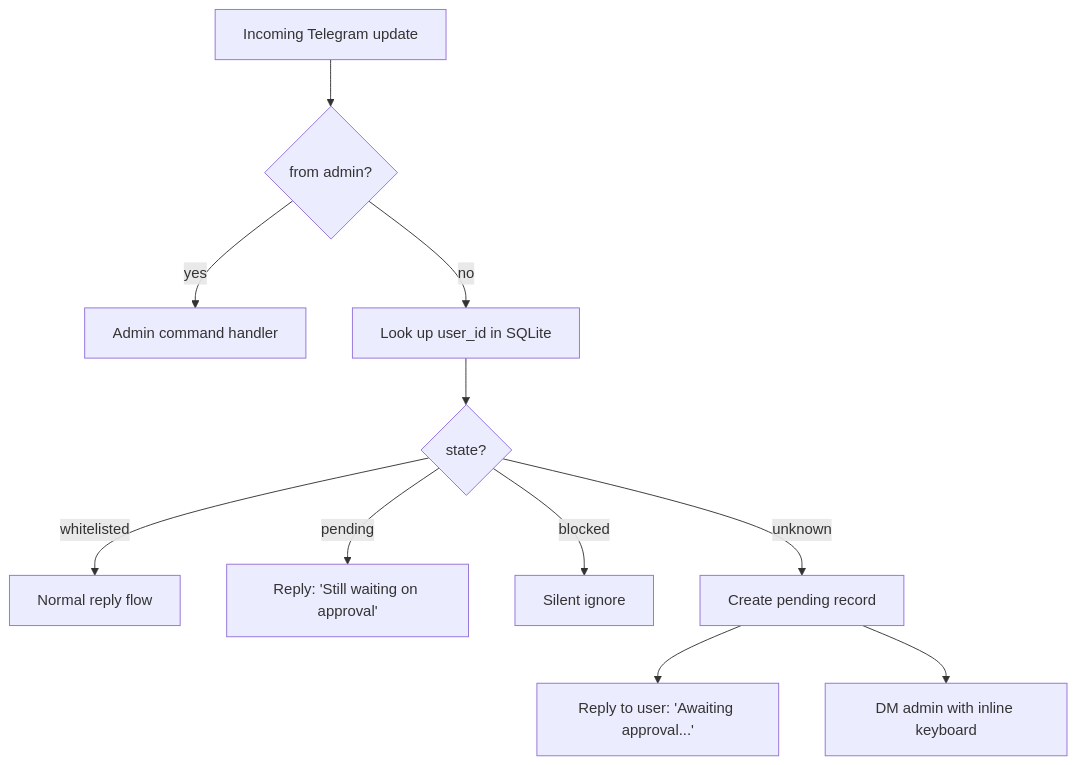
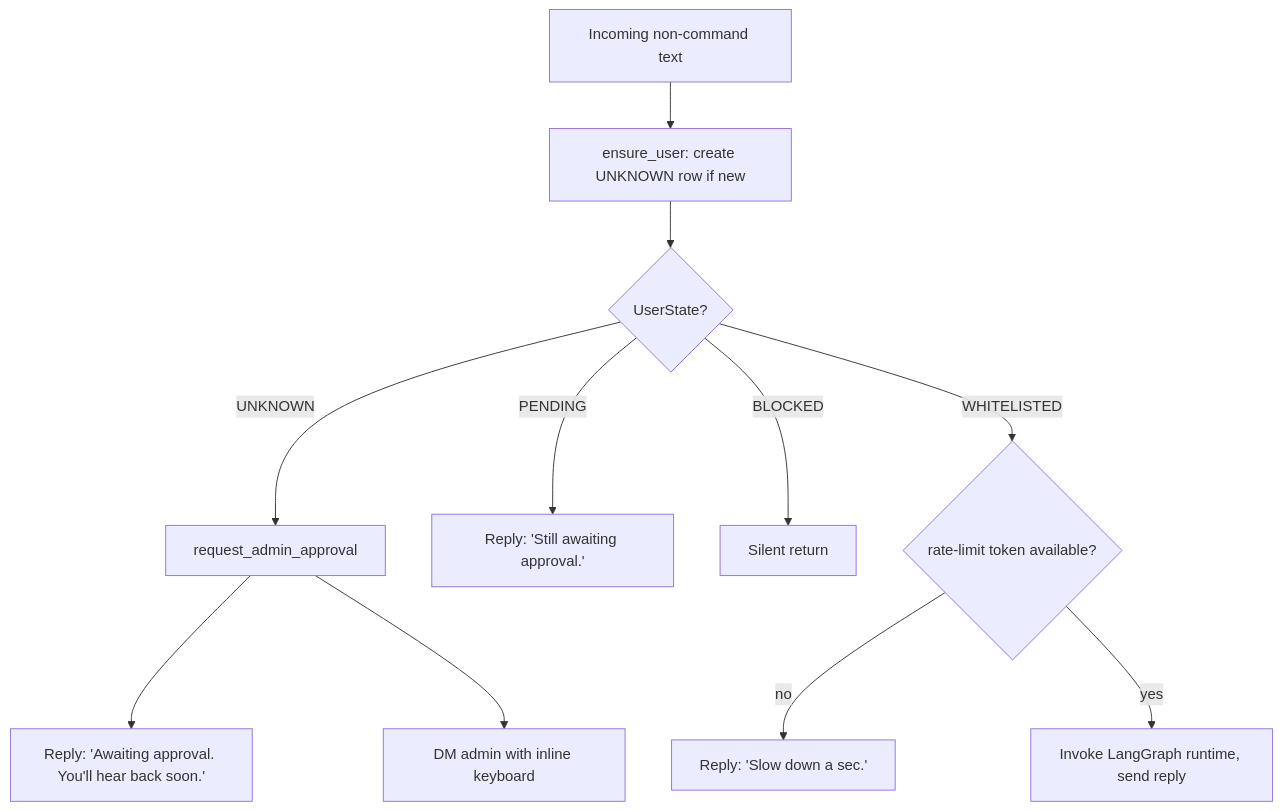
Before and after one commit to BohdanChuprynka/Persona-RAG: the second of 2 diagrams in docs/AUTH-FLOW.md, drawn with Mermaid. The commit also changed other lines of this file and 21 other files, not shown here.

First line of the commit message:
docs: portfolio-grade rebuild with C4 diagrams

````diff
--- a/docs/AUTH-FLOW.md
+++ b/docs/AUTH-FLOW.md
@@ -21,13 +65,13 @@
 ```mermaid
 flowchart TD
-    A[Incoming Telegram update] --> B{from admin?}
-    B -->|yes| C[Admin command handler]
-    B -->|no| D[Look up user_id in SQLite]
-    D --> E{state?}
-    E -->|whitelisted| F[Normal reply flow]
-    E -->|pending| G[Reply: 'Still waiting on approval']
-    E -->|blocked| H[Silent ignore]
-    E -->|unknown| I[Create pending record]
-    I --> J[Reply to user: 'Awaiting approval...']
-    I --> K[DM admin with inline keyboard]
+    A[Incoming non-command text] --> B[ensure_user: create UNKNOWN row if new]
+    B --> C{UserState?}
+    C -->|UNKNOWN| D[request_admin_approval]
+    D --> D1["Reply: 'Awaiting approval. You'll hear back soon.'"]
+    D --> D2[DM admin with inline keyboard]
+    C -->|PENDING| E["Reply: 'Still awaiting approval.'"]
+    C -->|BLOCKED| F[Silent return]
+    C -->|WHITELISTED| G{rate-limit token available?}
+    G -->|no| H["Reply: 'Slow down a sec.'"]
+    G -->|yes| I[Invoke LangGraph runtime, send reply]
 ```
````
